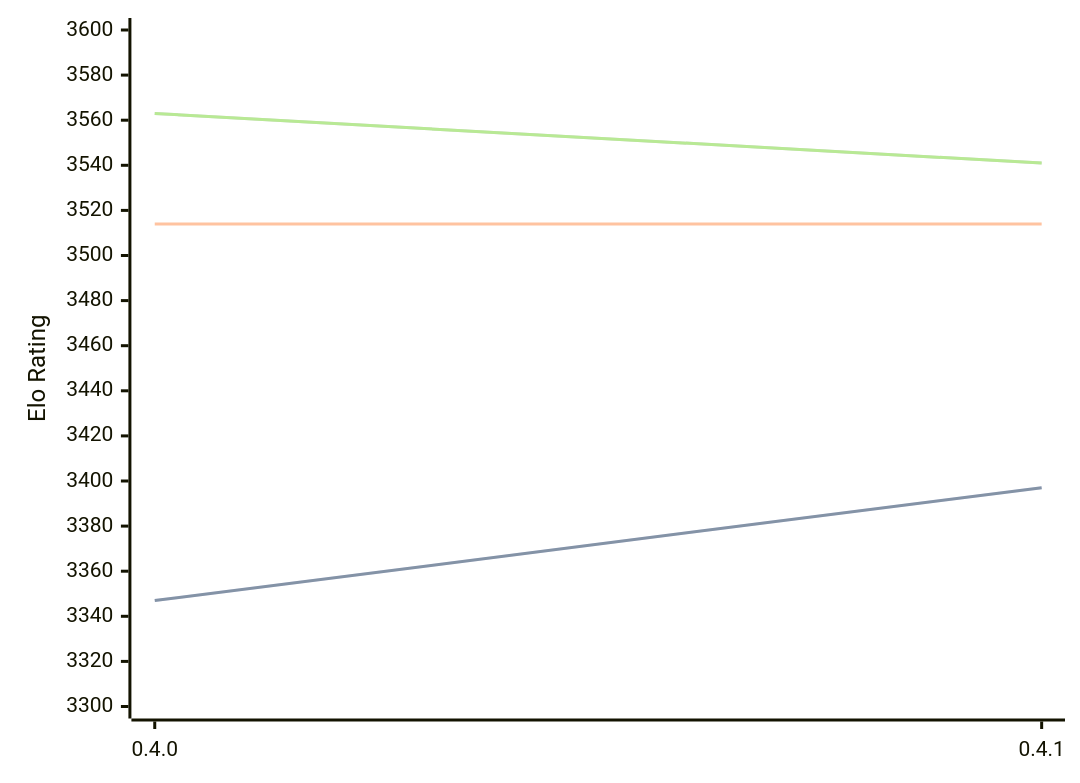
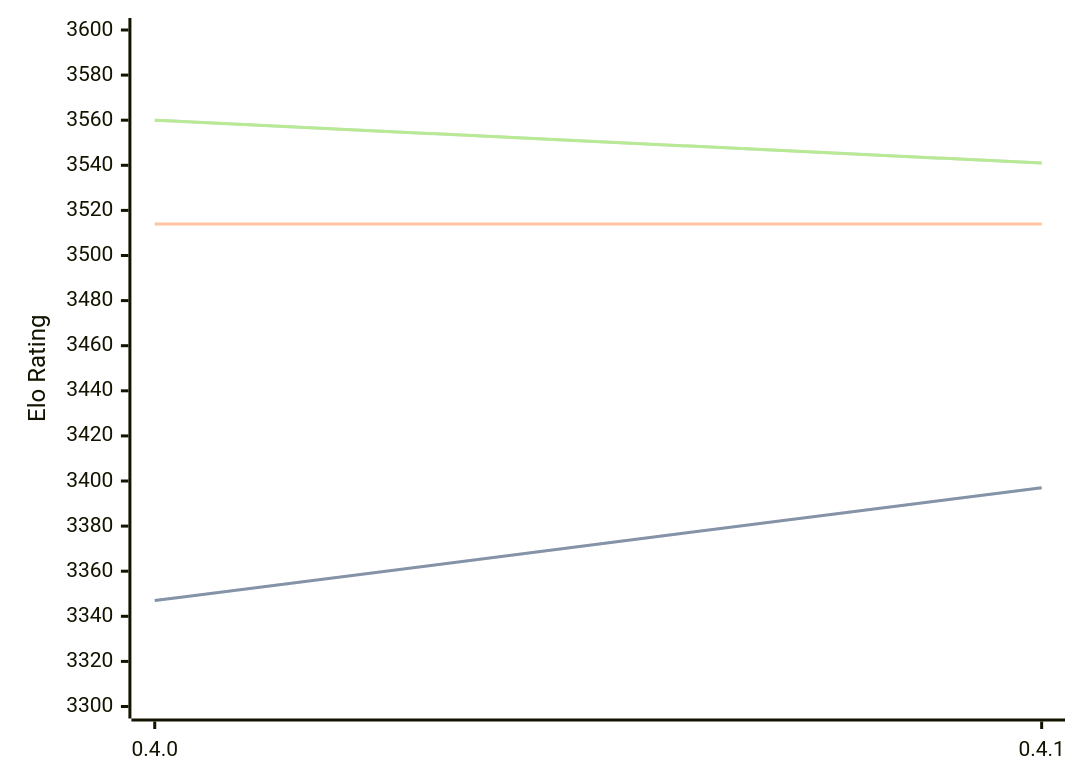
Before and after one commit to computer-chess-index/cci: the diagram in engines/Cinder.md, drawn with Mermaid. The commit also changed other lines of this file, not shown here.

Commit message:
Update CCI Ratings (ELO VLTC) - 2026-03-11

````diff
--- a/engines/Cinder.md
+++ b/engines/Cinder.md
@@ -38,11 +38,11 @@
 ```mermaid
 %%{init: {"theme":"base","themeVariables":{"seriesColors:['#a3a3a3','#222221','#faa371']}}}%%
 xychart-beta
   x-axis ["0.4.0", "0.4.1"]
   y-axis "Elo Rating" 3300 --> 3600
   line "STC (8.0+0.08s)" [3347, 3397]
   line "STC (8.0+0.08s)" [3347, 3397]
   line "LTC (60.0+0.60s)" [3514, 3514]
-  line "VLTC (2m24s+1.12s)" [3563, 3541]
-  line "VLTC (2m24s+1.12s)" [3563, 3541]
+  line "VLTC (2m24s+1.12s)" [3560, 3541]
+  line "VLTC (2m24s+1.12s)" [3560, 3541]
 ```
````
